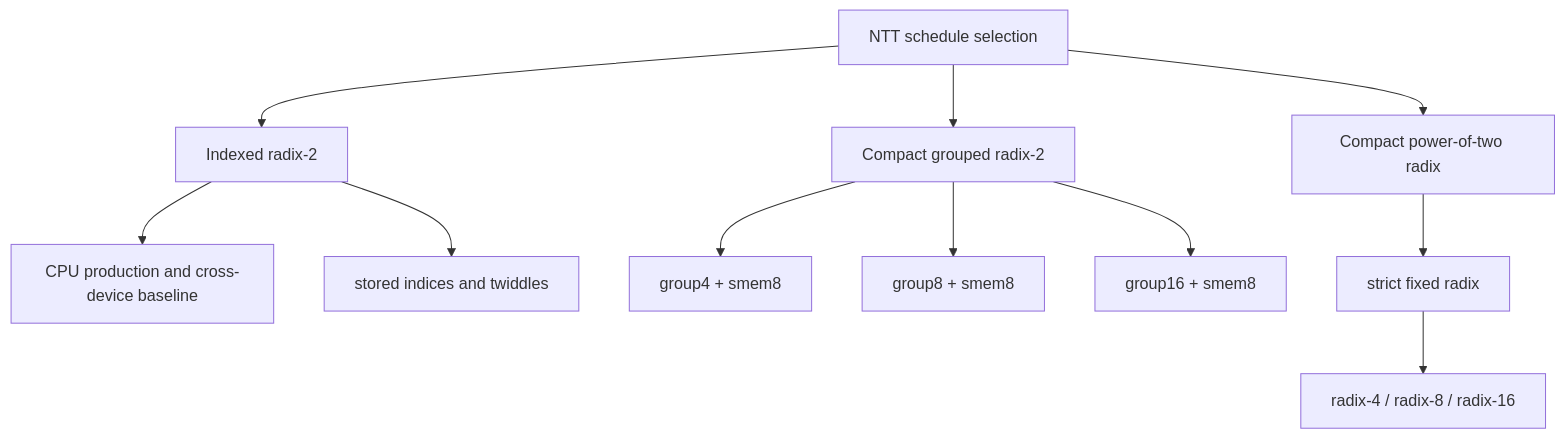
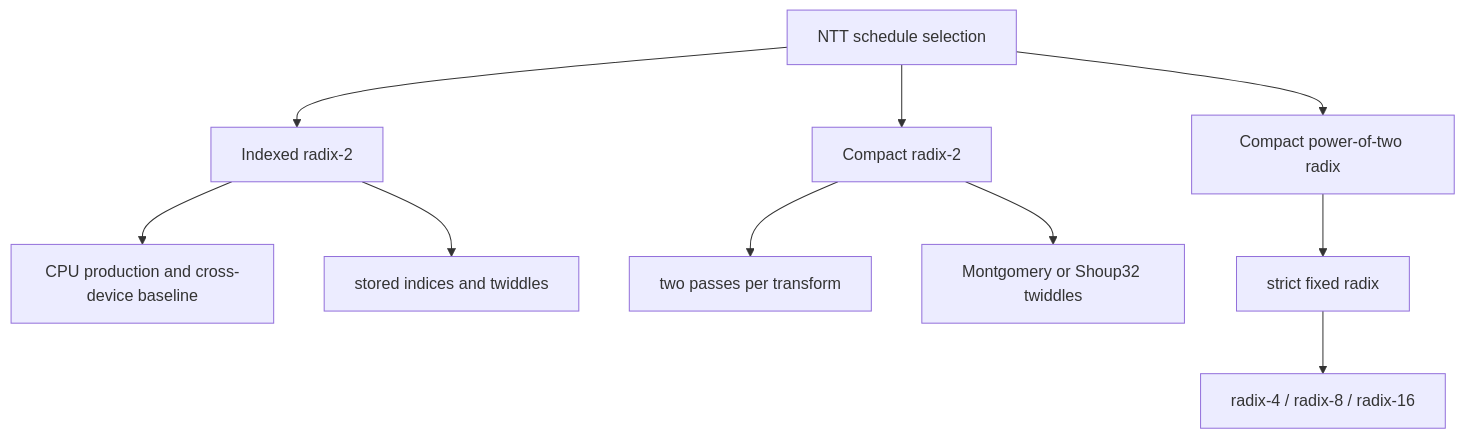
One commit to visualDust/fhelium changed the third of 5 diagrams in docs/developer/rns-and-ntt.md. Above: the diagram before and after it, drawn with Mermaid. The commit also changed other lines of this file and 439 other files, not shown here.

````diff
--- a/docs/developer/rns-and-ntt.md
+++ b/docs/developer/rns-and-ntt.md
@@ -109,14 +111,13 @@
 ```mermaid
 graph TD
     P[NTT schedule selection]
     P --> I[Indexed radix-2]
-    P --> C[Compact grouped radix-2]
+    P --> C[Compact radix-2]
     P --> R[Compact power-of-two radix]
     I --> I1[CPU production and cross-device baseline]
     I --> I2[stored indices and twiddles]
-    C --> C1[group4 + smem8]
-    C --> C2[group8 + smem8]
-    C --> C3[group16 + smem8]
+    C --> C1[two passes per transform]
+    C --> C2[Montgomery or Shoup32 twiddles]
     R --> F[strict fixed radix]
     F --> F1[radix-4 / radix-8 / radix-16]
 ```
````
